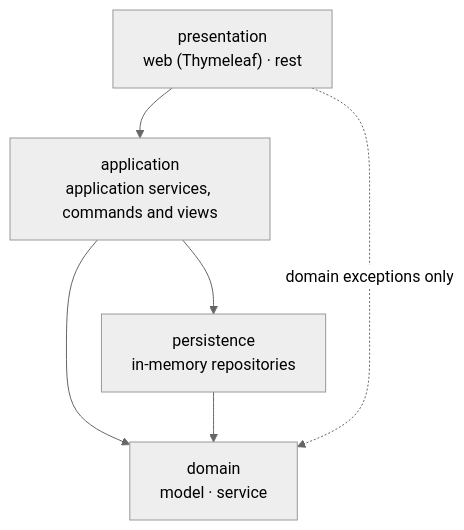
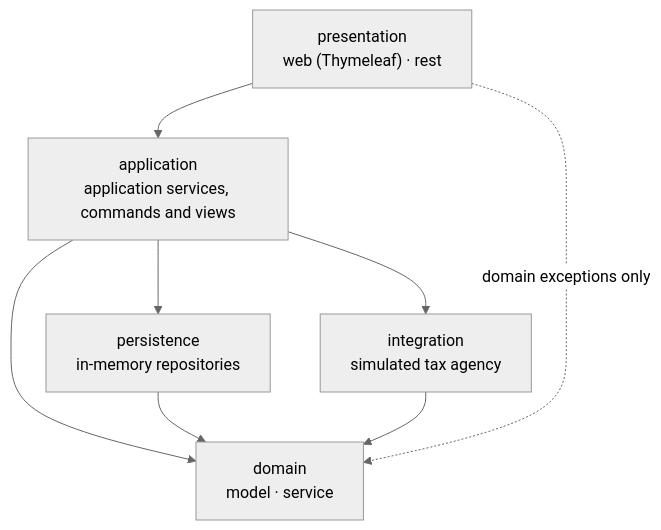
Before and after one commit to dawnrock/Proyect-DDD-Claude: the first of 2 diagrams in docs/arquitectura/fase-1-capas.md, drawn with Mermaid (neutral theme). The commit also changed other lines of this file and 3 other files, not shown here.

First line of the commit message:
docs: diagrama de la fase 1 con la capa integration y Telegram activo

````diff
--- a/docs/arquitectura/fase-1-capas.md
+++ b/docs/arquitectura/fase-1-capas.md
@@ -7,8 +7,10 @@
 ```mermaid
 flowchart TD
     P["presentation<br/>web (Thymeleaf) · rest"] --> A["application<br/>application services, commands and views"]
     A --> D["domain<br/>model · service"]
     A --> R["persistence<br/>in-memory repositories"]
+    A --> I["integration<br/>simulated tax agency"]
     R --> D
+    I --> D
     P -. "domain exceptions only" .-> D
 ```
````
